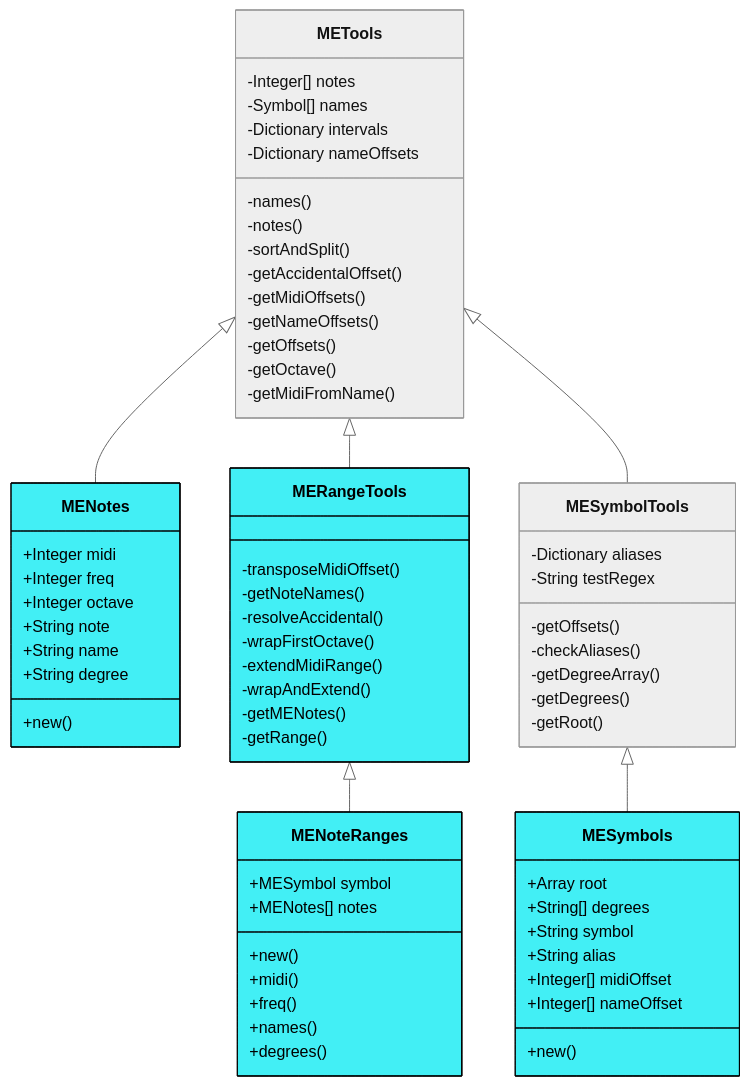
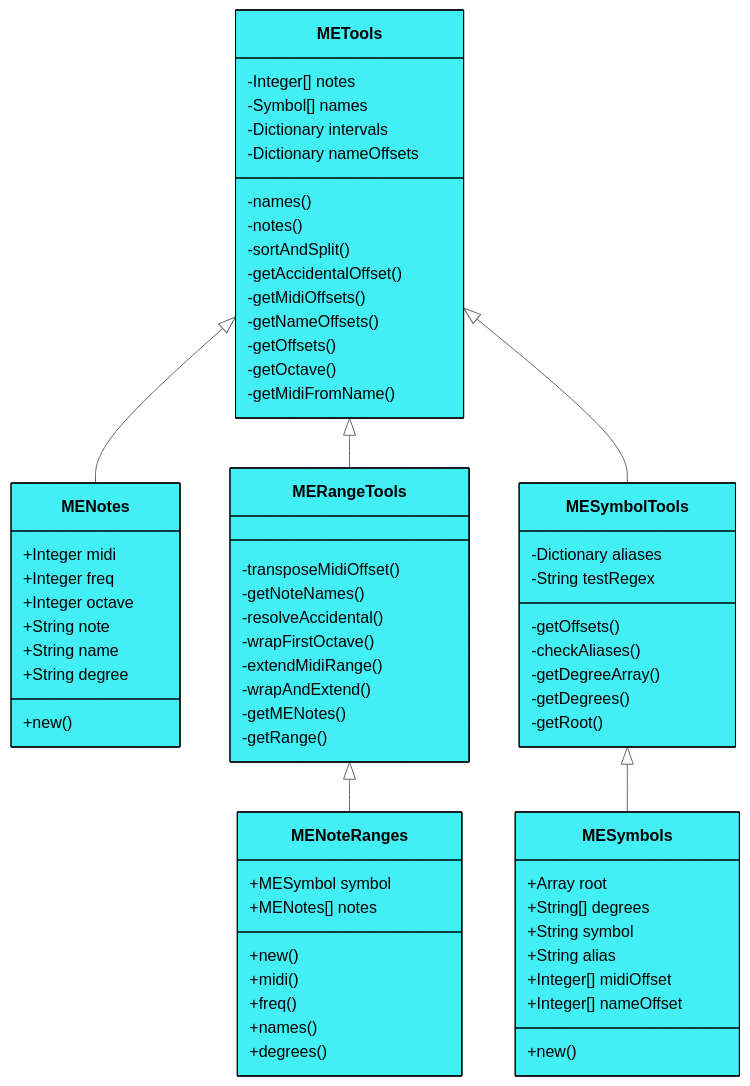
The diagram in README.md (iamsiriil/sc_musicengine), drawn with Mermaid (neutral theme) before and after one commit.

Commit message:
readme class diagram update

````diff
--- a/README.md
+++ b/README.md
@@ -65,77 +65,77 @@
 ```mermaid
 classDiagram
     METools <|-- MENotes
     METools <|-- MERangeTools
     METools <|-- MESymbolTools
     MERangeTools <|-- MENoteRanges
     MESymbolTools <|-- MESymbols
 
-    class METools:::musicEngine {
+    class METools:::musicengine {
         -Integer[] notes
         -Symbol[] names
         -Dictionary intervals
         -Dictionary nameOffsets
         -names()
         -notes()
         -sortAndSplit()
         -getAccidentalOffset()
         -getMidiOffsets()
         -getNameOffsets()
         -getOffsets()
         -getOctave()
         -getMidiFromName()
     }
 
     class MENotes:::musicengine {
         +Integer midi
         +Integer freq
         +Integer octave
         +String note
         +String name
         +String degree
         +new()
     }
     class MERangeTools:::musicengine {
         -transposeMidiOffset()
         -getNoteNames()
         -resolveAccidental()
         -wrapFirstOctave()
         -extendMidiRange()
         -wrapAndExtend()
         -getMENotes()
         -getRange()
     }
 
     class MENoteRanges:::musicengine {
         +MESymbol symbol
         +MENotes[] notes
         +new()
         +midi()
         +freq()
         +names()
         +degrees()
     }
 
-    class MESymbolTools:::musicEngine {
+    class MESymbolTools:::musicengine {
         -Dictionary aliases
         -String testRegex
         -getOffsets()
         -checkAliases()
         -getDegreeArray()
         -getDegrees()
         -getRoot()
     }
 
     class MESymbols:::musicengine {
         +Array root
         +String[] degrees
         +String symbol
         +String alias
         +Integer[] midiOffset
         +Integer[] nameOffset 
         +new()
     }
 
     classDef musicengine fill:#42eff5,stroke:#000, color:#000
     classDef harmonizer fill:#42c2f5,stroke:#000, color:#000
 ```
````
